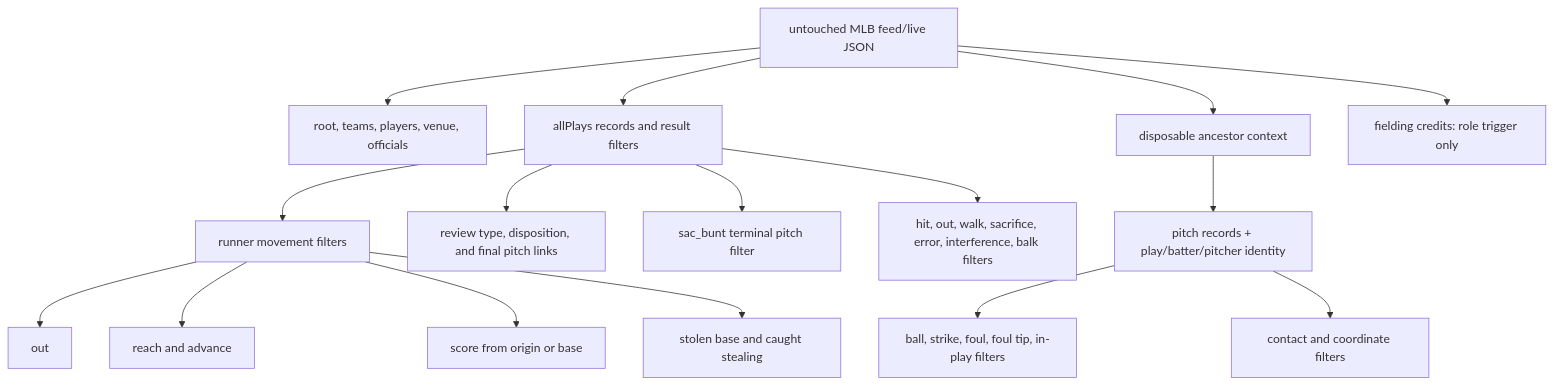
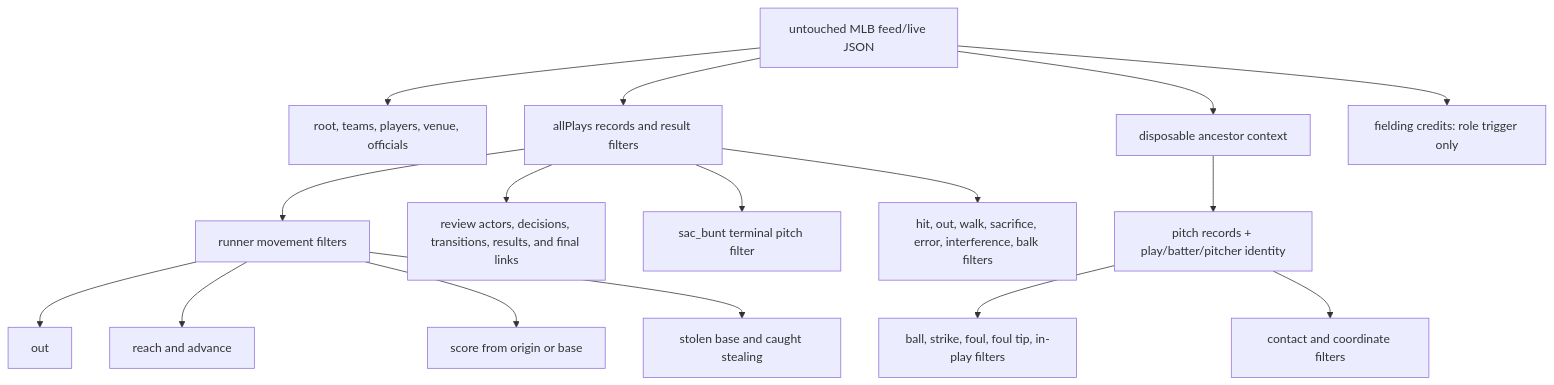
Before and after one commit to CarterBeauBenson/BaseballO: the diagram in Baseball/mermaid/02-logical-sources.md, drawn with Mermaid. The commit also changed other lines of this file and 136 other files, not shown here.

Commit message:
Map replay review transitions end to end

````diff
--- a/Baseball/mermaid/02-logical-sources.md
+++ b/Baseball/mermaid/02-logical-sources.md
@@ -3,18 +3,18 @@
 ```mermaid
 flowchart TD
     RAW["untouched MLB feed/live JSON"] --> ROOT["root, teams, players, venue, officials"]
     RAW --> PLAY["allPlays records and result filters"]
     RAW --> CTX["disposable ancestor context"]
     CTX --> PITCH["pitch records + play/batter/pitcher identity"]
     PITCH --> CALL["ball, strike, foul, foul tip, in-play filters"]
     PITCH --> PHYSICAL["contact and coordinate filters"]
-    PLAY --> REVIEW["review type, disposition, and final pitch links"]
+    PLAY --> REVIEW["review actors, decisions, transitions, results, and final links"]
     PLAY --> BUNT["sac_bunt terminal pitch filter"]
     PLAY --> RESULT["hit, out, walk, sacrifice, error, interference, balk filters"]
     PLAY --> RUNNER["runner movement filters"]
     RUNNER --> OUT["out"]
     RUNNER --> SAFE["reach and advance"]
     RUNNER --> RUN["score from origin or base"]
     RUNNER --> STEAL["stolen base and caught stealing"]
     RAW --> FIELDING["fielding credits: role trigger only"]
 ```
````
